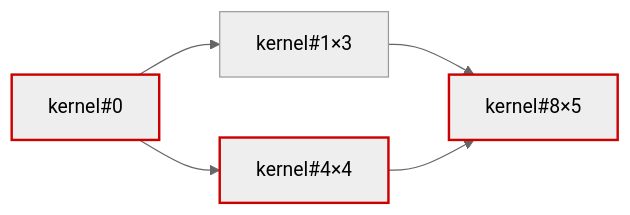
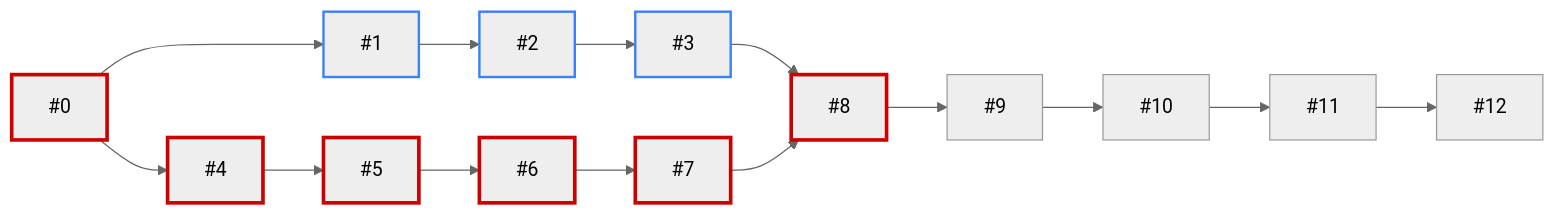
Before and after one commit to MardokHPC/Q-toolkit-demo: the diagram in README.md, drawn with Mermaid (neutral theme). The commit also changed other lines of this file, not shown here.

Commit message:
docs: draw the graph expanded, thirteen boxes instead of five collapsed chains

````diff
--- a/README.md
+++ b/README.md
@@ -16,14 +16,33 @@
 ```mermaid
 flowchart LR
-  n0["kernel#0"]
-  n1["kernel#1×3"]
-  n4["kernel#4×4"]
-  n8["kernel#8×5"]
+  n0["#0"]
+  n1["#1"]
+  n2["#2"]
+  n3["#3"]
+  n4["#4"]
+  n5["#5"]
+  n6["#6"]
+  n7["#7"]
+  n8["#8"]
+  n9["#9"]
+  n10["#10"]
+  n11["#11"]
+  n12["#12"]
   n0 --> n1
   n0 --> n4
-  n1 --> n8
-  n4 --> n8
-  classDef critical stroke:#c00,stroke-width:2px
-  classDef sync fill:#f90
-  class n0,n4,n8 critical
+  n1 --> n2
+  n2 --> n3
+  n3 --> n8
+  n4 --> n5
+  n5 --> n6
+  n6 --> n7
+  n7 --> n8
+  n8 --> n9
+  n9 --> n10
+  n10 --> n11
+  n11 --> n12
+  classDef crit stroke:#c00,stroke-width:3px
+  classDef par stroke:#3b82f6,stroke-width:2px
+  class n0,n4,n5,n6,n7,n8 crit
+  class n1,n2,n3 par
 ```
````
